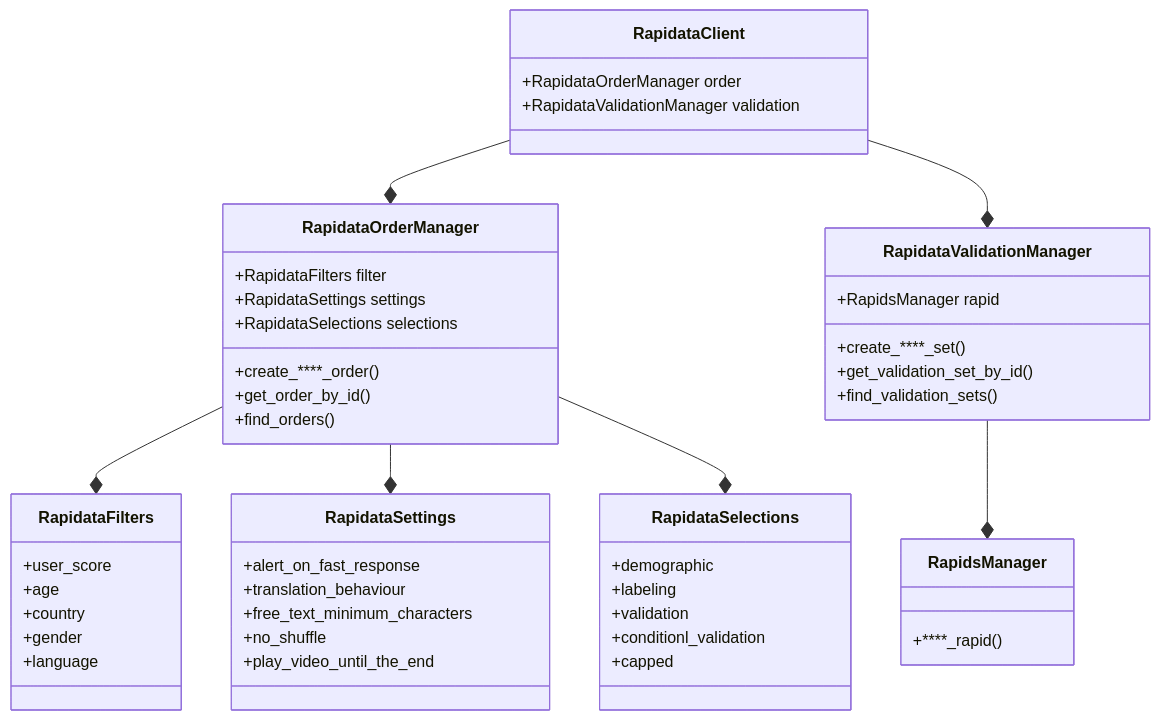
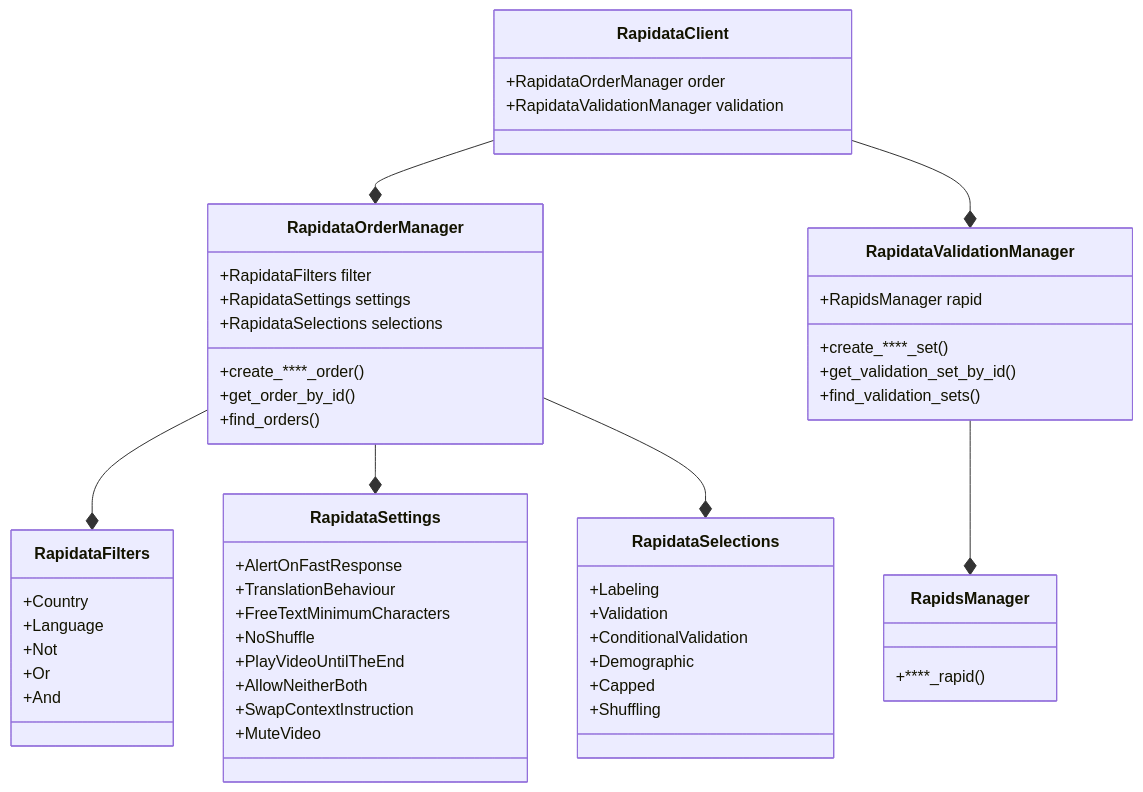
Before and after one commit to RapidataAI/rapidata-python-sdk: the diagram in docs/api.md, drawn with Mermaid. The commit also changed 26 other files, not shown here.

````diff
--- a/docs/api.md
+++ b/docs/api.md
@@ -2,67 +2,71 @@
 ```mermaid
 classDiagram
     class RapidataClient {
         +RapidataOrderManager order
         +RapidataValidationManager validation
     }
     
     class RapidataOrderManager {
         +RapidataFilters filter
         +RapidataSettings settings
         +RapidataSelections selections
         +create_****_order()
         +get_order_by_id()
         +find_orders()
     }
     
     class RapidataValidationManager {
         +RapidsManager rapid
         +create_****_set()
         +get_validation_set_by_id()
         +find_validation_sets()
     }
     
     class RapidataFilters {
-        +user_score
-        +age
-        +country
-        +gender
-        +language
+        +Country
+        +Language
+        +Not
+        +Or
+        +And
     }
-    
+
     class RapidataSettings {
-        +alert_on_fast_response
-        +translation_behaviour
-        +free_text_minimum_characters
-        +no_shuffle
-        +play_video_until_the_end
+        +AlertOnFastResponse
+        +TranslationBehaviour
+        +FreeTextMinimumCharacters
+        +NoShuffle
+        +PlayVideoUntilTheEnd
+        +AllowNeitherBoth
+        +SwapContextInstruction
+        +MuteVideo
     }
-    
+
     class RapidataSelections {
-        +demographic
-        +labeling
-        +validation
-        +conditionl_validation
-        +capped
+        +Labeling
+        +Validation
+        +ConditionalValidation
+        +Demographic
+        +Capped
+        +Shuffling
     }
     
     class RapidsManager {
         +****_rapid()
     }
 
     RapidataClient --* RapidataOrderManager
     RapidataClient --* RapidataValidationManager
     RapidataOrderManager --* RapidataFilters
     RapidataOrderManager --* RapidataSettings
     RapidataOrderManager --* RapidataSelections
     RapidataValidationManager --* RapidsManager
 
     link RapidataClient "../reference/rapidata/rapidata_client/rapidata_client/" ""
     link RapidataOrderManager "../reference/rapidata/rapidata_client/order/rapidata_order_manager/" ""
     link RapidataValidationManager "../reference/rapidata/rapidata_client/validation/validation_set_manager/" ""
     link RapidataFilters "../reference/rapidata/rapidata_client/filter/rapidata_filters/" ""
     link RapidataSettings "../reference/rapidata/rapidata_client/settings/rapidata_settings/" ""
     link RapidataSelections "../reference/rapidata/rapidata_client/selection/rapidata_selections/" ""
     link RapidsManager "../reference/rapidata/rapidata_client/validation/rapids/rapids_manager/" ""
 
 ```
````
